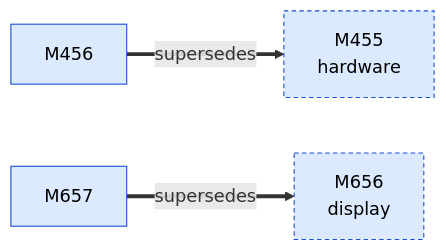
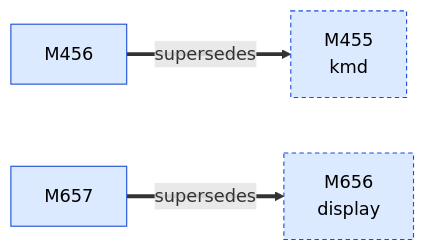
The first of 2 diagrams in docs/facts/graphs/tooling.md (D-Ogi/amdgpu-wddm), drawn with Mermaid before and after one commit. The commit also changed other lines of this file and 27 other files, not shown here.

````diff
--- a/docs/facts/graphs/tooling.md
+++ b/docs/facts/graphs/tooling.md
@@ -11,15 +11,15 @@
 ```mermaid
 flowchart LR
-  M455["M455<br/>hardware"]:::MEASURED
+  M455["M455<br/>kmd"]:::MEASURED
   M456["M456"]:::MEASURED
   M656["M656<br/>display"]:::MEASURED
   M657["M657"]:::MEASURED
   M456 ==>|supersedes| M455
   M657 ==>|supersedes| M656
   classDef HYPOTHESIS fill:#fff3c4,stroke:#9a7b00,color:#000
   classDef MEASURED fill:#dbeafe,stroke:#1d4ed8,color:#000
   classDef CONFIRMED fill:#d1fae5,stroke:#047857,color:#000
   classDef REFUTED fill:#fee2e2,stroke:#b91c1c,color:#000
   classDef other stroke-dasharray:4 3
   class M455,M656 other
 ```
````
